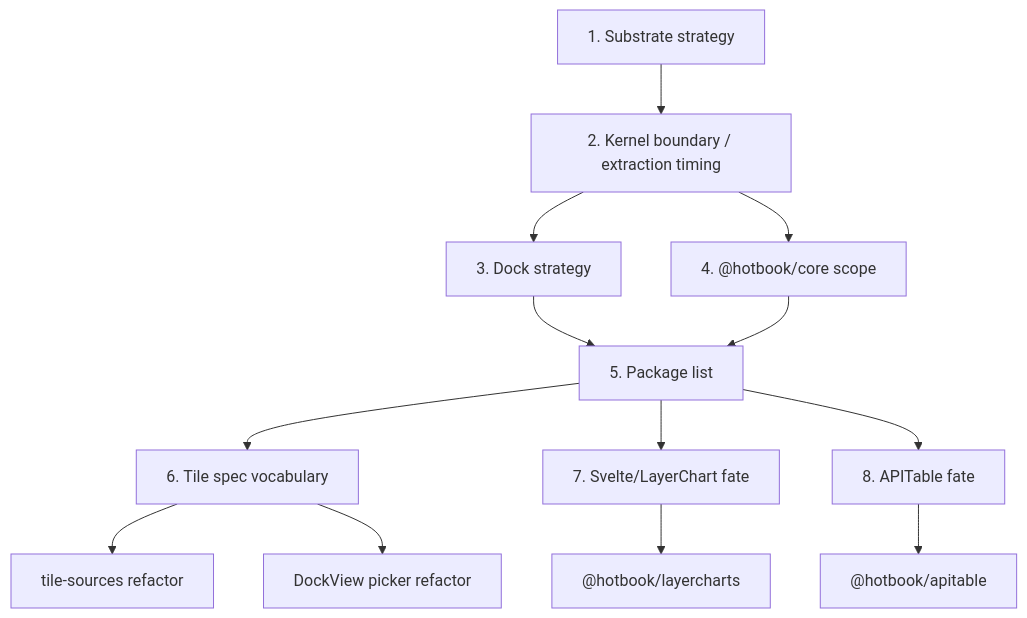
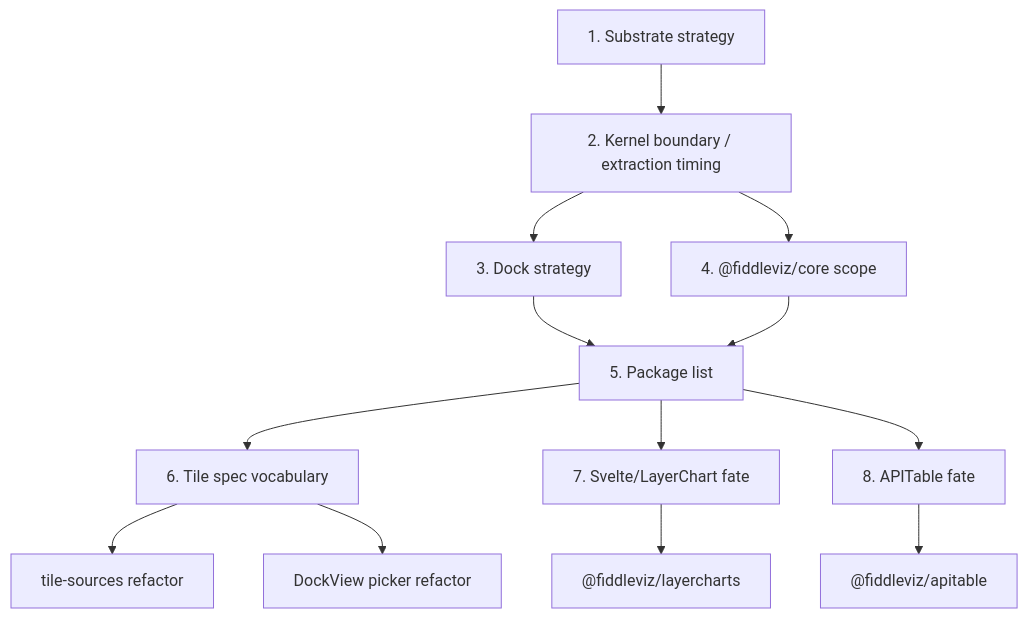
One commit to WinstonFassett/hotbook changed the fourth of 6 diagrams in wiki/reorg-whiteboard.md. Above: the diagram before and after it, drawn with Mermaid. The commit also changed other lines of this file and 128 other files, not shown here.

````diff
--- a/wiki/reorg-whiteboard.md
+++ b/wiki/reorg-whiteboard.md
@@ -292,15 +292,15 @@
 ```mermaid
 flowchart TD
     D1["1. Substrate strategy"] --> D2["2. Kernel boundary / extraction timing"]
     D2 --> D3["3. Dock strategy"]
-    D2 --> D4["4. @hotbook/core scope"]
+    D2 --> D4["4. @fiddleviz/core scope"]
     D3 --> D5["5. Package list"]
     D4 --> D5
     D5 --> D6["6. Tile spec vocabulary"]
     D5 --> D7["7. Svelte/LayerChart fate"]
     D5 --> D8["8. APITable fate"]
     D6 --> T1["tile-sources refactor"]
     D6 --> T2["DockView picker refactor"]
-    D7 --> T3["@hotbook/layercharts"]
-    D8 --> T4["@hotbook/apitable"]
+    D7 --> T3["@fiddleviz/layercharts"]
+    D8 --> T4["@fiddleviz/apitable"]
 ```
````
